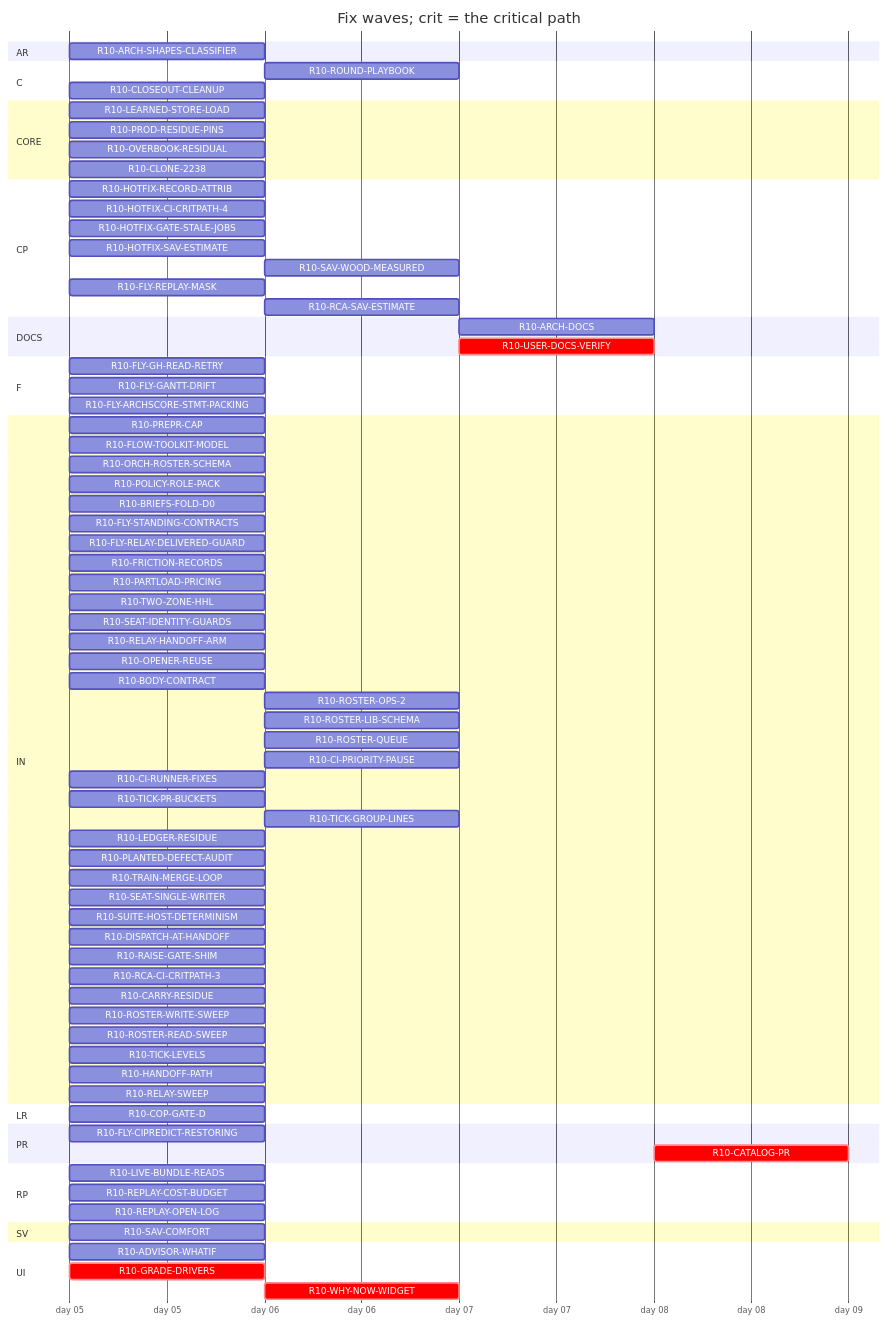
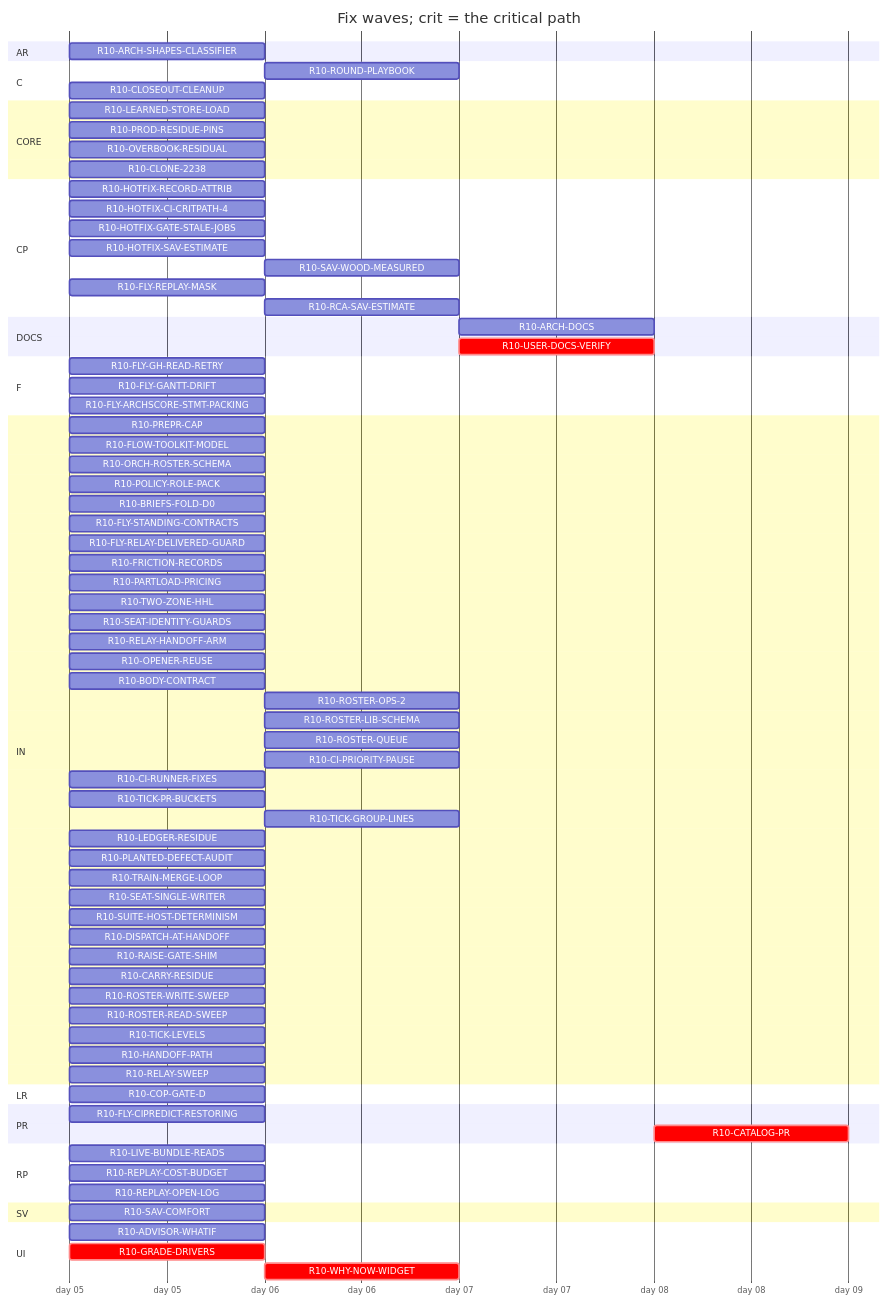
Before and after one commit to tvofi/heatpump_optimizer: the diagram in handoff/round10/state/PLAN-TABLE.md, drawn with Mermaid. The commit also changed other lines of this file and 3 other files, not shown here.

Commit message:
state: FLOW-BOARD.md, NEXT-SESSION-PROMPT.md, PLAN-TABLE.md, RESUME-CURRENT.md regenerated (state_docs.py)

````diff
--- a/handoff/round10/state/PLAN-TABLE.md
+++ b/handoff/round10/state/PLAN-TABLE.md
@@ -25,82 +25,81 @@
 ```mermaid
 gantt
   title Fix waves; crit = the critical path
   dateFormat YYYY-MM-DD
   axisFormat day %d
   section AR
     R10-ARCH-SHAPES-CLASSIFIER :r10ARCHSHAPESCLASSIFIER, 2026-01-05, 1d
   section C
     R10-ROUND-PLAYBOOK :r10ROUNDPLAYBOOK, after r10PREPRCAP r10HANDOFFPATH r10RELAYSWEEP r10TRAINMERGELOOP r10DISPATCHATHANDOFF r10BODYCONTRACT r10TICKLEVELS r10CIPRIORITYPAUSE r10ROSTERWRITESWEEP r10ROSTERREADSWEEP r10FLYSTANDINGCONTRACTS r10POLICYROLEPACK r10FRICTIONRECORDS r10FLOWTOOLKITMODEL r10SEATIDENTITYGUARDS r10LEDGERRESIDUE r10CIRUNNERFIXES r10FLYCIPREDICTRESTORING r10RAISEGATESHIM r10PLANTEDDEFECTAUDIT r10FLYGHREADRETRY r10SUITEHOSTDETERMINISM, 1d
     R10-CLOSEOUT-CLEANUP :r10CLOSEOUTCLEANUP, 2026-01-05, 1d
   section CORE
     R10-LEARNED-STORE-LOAD :r10LEARNEDSTORELOAD, 2026-01-05, 1d
     R10-PROD-RESIDUE-PINS :r10PRODRESIDUEPINS, 2026-01-05, 1d
     R10-OVERBOOK-RESIDUAL :r10OVERBOOKRESIDUAL, 2026-01-05, 1d
     R10-CLONE-2238 :r10CLONE2238, 2026-01-05, 1d
   section CP
     R10-HOTFIX-RECORD-ATTRIB :r10HOTFIXRECORDATTRIB, 2026-01-05, 1d
     R10-HOTFIX-CI-CRITPATH-4 :r10HOTFIXCICRITPATH4, 2026-01-05, 1d
     R10-HOTFIX-GATE-STALE-JOBS :r10HOTFIXGATESTALEJOBS, 2026-01-05, 1d
     R10-HOTFIX-SAV-ESTIMATE :r10HOTFIXSAVESTIMATE, 2026-01-05, 1d
     R10-SAV-WOOD-MEASURED :r10SAVWOODMEASURED, after r10HOTFIXSAVESTIMATE, 1d
     R10-FLY-REPLAY-MASK :r10FLYREPLAYMASK, 2026-01-05, 1d
     R10-RCA-SAV-ESTIMATE :r10RCASAVESTIMATE, after r10HOTFIXSAVESTIMATE, 1d
   section DOCS
     R10-ARCH-DOCS :r10ARCHDOCS, after r10CARRYRESIDUE r10OVERBOOKRESIDUAL r10CLONE2238 r10SAVCOMFORT r10COPGATED r10GRADEDRIVERS r10WHYNOWWIDGET r10PARTLOADPRICING r10TWOZONEHHL r10ARCHSHAPESCLASSIFIER r10ADVISORWHATIF r10LEARNEDSTORELOAD r10PRODRESIDUEPINS r10LIVEBUNDLEREADS r10REPLAYCOSTBUDGET r10REPLAYOPENLOG r10PREPRCAP r10HANDOFFPATH r10RELAYSWEEP r10TRAINMERGELOOP r10DISPATCHATHANDOFF r10BODYCONTRACT r10TICKLEVELS r10CIPRIORITYPAUSE r10ROSTERWRITESWEEP r10ROSTERREADSWEEP r10FLYSTANDINGCONTRACTS r10POLICYROLEPACK r10FRICTIONRECORDS r10FLOWTOOLKITMODEL r10SEATIDENTITYGUARDS r10LEDGERRESIDUE r10CIRUNNERFIXES r10FLYCIPREDICTRESTORING r10RAISEGATESHIM r10PLANTEDDEFECTAUDIT r10FLYGHREADRETRY r10SUITEHOSTDETERMINISM, 1d
     R10-USER-DOCS-VERIFY :crit, r10USERDOCSVERIFY, after r10CARRYRESIDUE r10OVERBOOKRESIDUAL r10CLONE2238 r10SAVCOMFORT r10COPGATED r10GRADEDRIVERS r10WHYNOWWIDGET r10PARTLOADPRICING r10TWOZONEHHL r10ARCHSHAPESCLASSIFIER r10ADVISORWHATIF r10LEARNEDSTORELOAD r10PRODRESIDUEPINS r10LIVEBUNDLEREADS r10REPLAYCOSTBUDGET r10REPLAYOPENLOG, 1d
   section F
     R10-FLY-GH-READ-RETRY :r10FLYGHREADRETRY, 2026-01-05, 1d
     R10-FLY-GANTT-DRIFT :r10FLYGANTTDRIFT, 2026-01-05, 1d
     R10-FLY-ARCHSCORE-STMT-PACKING :r10FLYARCHSCORESTMTPACKING, 2026-01-05, 1d
   section IN
     R10-PREPR-CAP :r10PREPRCAP, 2026-01-05, 1d
     R10-FLOW-TOOLKIT-MODEL :r10FLOWTOOLKITMODEL, 2026-01-05, 1d
     R10-ORCH-ROSTER-SCHEMA :r10ORCHROSTERSCHEMA, 2026-01-05, 1d
     R10-POLICY-ROLE-PACK :r10POLICYROLEPACK, 2026-01-05, 1d
     R10-BRIEFS-FOLD-D0 :r10BRIEFSFOLDD0, 2026-01-05, 1d
     R10-FLY-STANDING-CONTRACTS :r10FLYSTANDINGCONTRACTS, 2026-01-05, 1d
     R10-FLY-RELAY-DELIVERED-GUARD :r10FLYRELAYDELIVEREDGUARD, 2026-01-05, 1d
     R10-FRICTION-RECORDS :r10FRICTIONRECORDS, 2026-01-05, 1d
     R10-PARTLOAD-PRICING :r10PARTLOADPRICING, 2026-01-05, 1d
     R10-TWO-ZONE-HHL :r10TWOZONEHHL, 2026-01-05, 1d
     R10-SEAT-IDENTITY-GUARDS :r10SEATIDENTITYGUARDS, 2026-01-05, 1d
     R10-RELAY-HANDOFF-ARM :r10RELAYHANDOFFARM, 2026-01-05, 1d
     R10-OPENER-REUSE :r10OPENERREUSE, 2026-01-05, 1d
     R10-BODY-CONTRACT :r10BODYCONTRACT, 2026-01-05, 1d
     R10-ROSTER-OPS-2 :r10ROSTEROPS2, after r10ORCHROSTERSCHEMA, 1d
     R10-ROSTER-LIB-SCHEMA :r10ROSTERLIBSCHEMA, after r10ORCHROSTERSCHEMA, 1d
     R10-ROSTER-QUEUE :r10ROSTERQUEUE, after r10ORCHROSTERSCHEMA, 1d
     R10-CI-PRIORITY-PAUSE :r10CIPRIORITYPAUSE, after r10TICKLEVELS, 1d
     R10-CI-RUNNER-FIXES :r10CIRUNNERFIXES, 2026-01-05, 1d
     R10-TICK-PR-BUCKETS :r10TICKPRBUCKETS, 2026-01-05, 1d
     R10-TICK-GROUP-LINES :r10TICKGROUPLINES, after r10ORCHROSTERSCHEMA, 1d
     R10-LEDGER-RESIDUE :r10LEDGERRESIDUE, 2026-01-05, 1d
     R10-PLANTED-DEFECT-AUDIT :r10PLANTEDDEFECTAUDIT, 2026-01-05, 1d
     R10-TRAIN-MERGE-LOOP :r10TRAINMERGELOOP, 2026-01-05, 1d
     R10-SEAT-SINGLE-WRITER :r10SEATSINGLEWRITER, 2026-01-05, 1d
     R10-SUITE-HOST-DETERMINISM :r10SUITEHOSTDETERMINISM, 2026-01-05, 1d
     R10-DISPATCH-AT-HANDOFF :r10DISPATCHATHANDOFF, 2026-01-05, 1d
     R10-RAISE-GATE-SHIM :r10RAISEGATESHIM, 2026-01-05, 1d
-    R10-RCA-CI-CRITPATH-3 :r10RCACICRITPATH3, 2026-01-05, 1d
     R10-CARRY-RESIDUE :r10CARRYRESIDUE, 2026-01-05, 1d
     R10-ROSTER-WRITE-SWEEP :r10ROSTERWRITESWEEP, 2026-01-05, 1d
     R10-ROSTER-READ-SWEEP :r10ROSTERREADSWEEP, 2026-01-05, 1d
     R10-TICK-LEVELS :r10TICKLEVELS, 2026-01-05, 1d
     R10-HANDOFF-PATH :r10HANDOFFPATH, 2026-01-05, 1d
     R10-RELAY-SWEEP :r10RELAYSWEEP, 2026-01-05, 1d
   section LR
     R10-COP-GATE-D :r10COPGATED, 2026-01-05, 1d
   section PR
     R10-FLY-CIPREDICT-RESTORING :r10FLYCIPREDICTRESTORING, 2026-01-05, 1d
     R10-CATALOG-PR :crit, r10CATALOGPR, after r10USERDOCSVERIFY r10ARCHDOCS r10ROUNDPLAYBOOK r10CLOSEOUTCLEANUP, 1d
   section RP
     R10-LIVE-BUNDLE-READS :r10LIVEBUNDLEREADS, 2026-01-05, 1d
     R10-REPLAY-COST-BUDGET :r10REPLAYCOSTBUDGET, 2026-01-05, 1d
     R10-REPLAY-OPEN-LOG :r10REPLAYOPENLOG, 2026-01-05, 1d
   section SV
     R10-SAV-COMFORT :r10SAVCOMFORT, 2026-01-05, 1d
   section UI
     R10-ADVISOR-WHATIF :r10ADVISORWHATIF, 2026-01-05, 1d
     R10-GRADE-DRIVERS :crit, r10GRADEDRIVERS, 2026-01-05, 1d
     R10-WHY-NOW-WIDGET :crit, r10WHYNOWWIDGET, after r10GRADEDRIVERS, 1d
 ```
````
